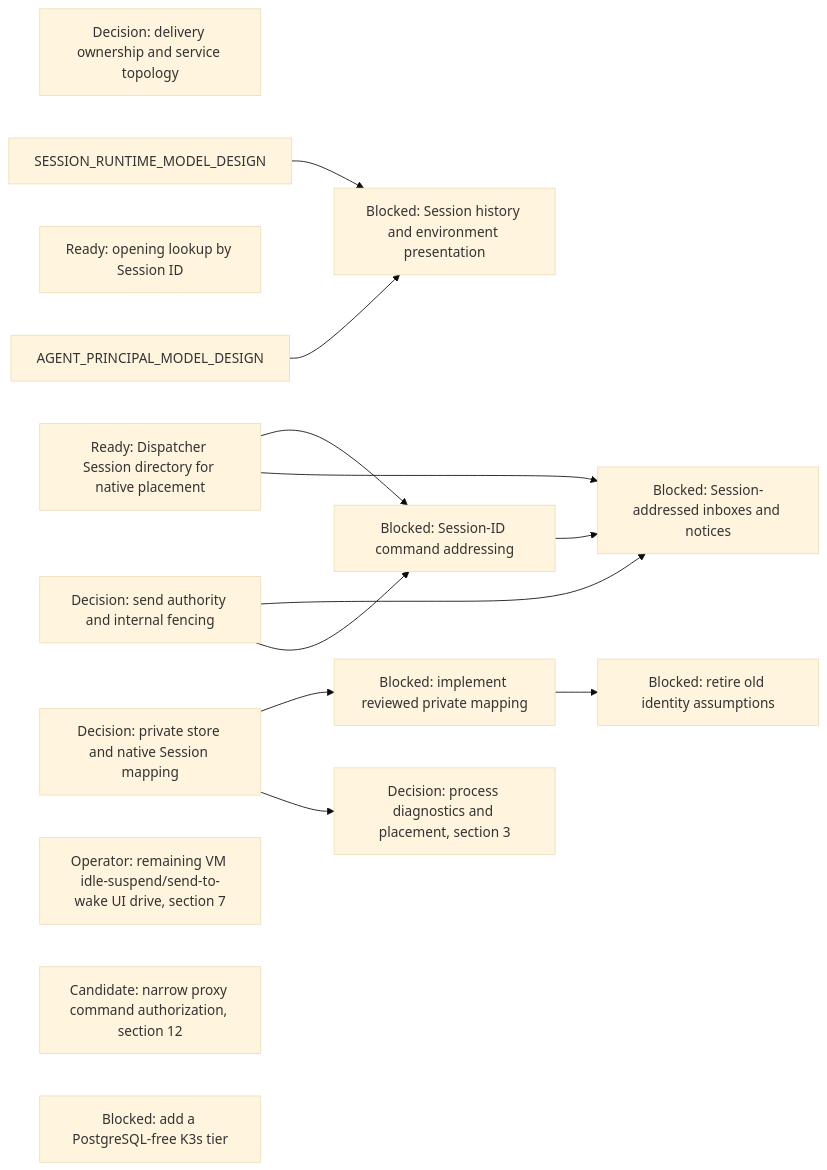
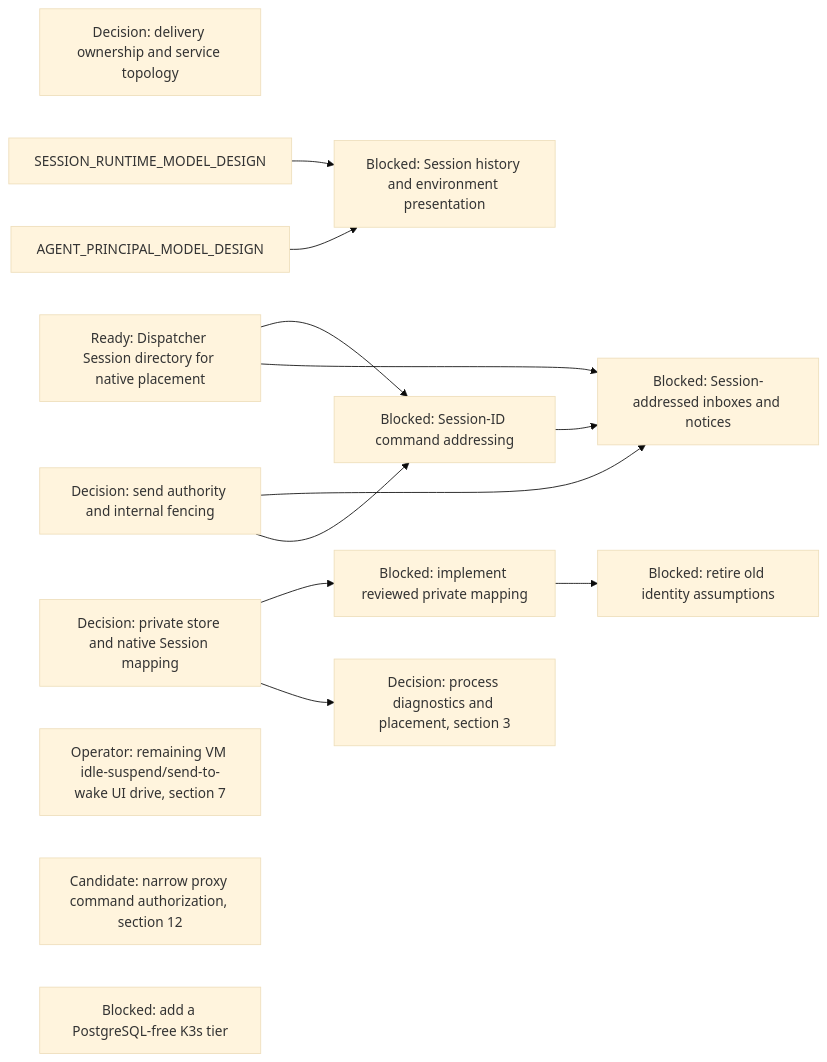
One commit to agentydragon/ducktape changed diagram 15 of 18 in agentplane/plans/task_dag.md. Above: the diagram before and after it, drawn with Mermaid (base theme). The commit also changed other lines of this file and 28 other files, not shown here.

````diff
--- a/agentplane/plans/task_dag.md
+++ b/agentplane/plans/task_dag.md
@@ -2050,27 +2050,26 @@
 ```mermaid
 flowchart LR
     DISPATCHER_PERSISTENCE_MODEL_DESIGN[Decision: delivery ownership and service topology]
     SESSION_DIRECTORY_NATIVE[Ready: Dispatcher Session directory for native placement]
-    SESSION_OPENING_LOOKUP[Ready: opening lookup by Session ID]
     DELIVERY_DESTINATION_AUTHORITY_DESIGN[Decision: send authority and internal fencing]
     DELIVERY_DESTINATION_CONTRACT[Blocked: Session-ID command addressing]
     SESSION_NOTIFICATION_ADDRESS[Blocked: Session-addressed inboxes and notices]
     SESSION_HISTORY_PRESENTATION[Blocked: Session history and environment presentation]
     SESSION_DIRECTORY_NATIVE --> DELIVERY_DESTINATION_CONTRACT
     SESSION_DIRECTORY_NATIVE --> SESSION_NOTIFICATION_ADDRESS
     DELIVERY_DESTINATION_AUTHORITY_DESIGN --> SESSION_NOTIFICATION_ADDRESS
     DELIVERY_DESTINATION_CONTRACT --> SESSION_NOTIFICATION_ADDRESS
     SESSION_RUNTIME_MODEL_DESIGN --> SESSION_HISTORY_PRESENTATION
     AGENT_PRINCIPAL_MODEL_DESIGN --> SESSION_HISTORY_PRESENTATION
     HARNESS_IDENTITY_DESIGN[Decision: private store and native Session mapping]
     RUNNER_STORE_SESSION_IDENTITY[Blocked: implement reviewed private mapping]
     RUNNER_IDENTITY_LEGACY_CLEANUP[Blocked: retire old identity assumptions]
     IDLE_SUSPEND_UI_DRIVE[Operator: remaining VM idle-suspend/send-to-wake UI drive, section 7]
     PROXY_START_METHODS_DISPATCHER_ONLY[Candidate: narrow proxy command authorization, section 12]
     RUNNER_HARNESS_OBJECTS_DESIGN[Decision: process diagnostics and placement, section 3]
     CNPG_FREE_K3S_INTEGRATION_TIER[Blocked: add a PostgreSQL-free K3s tier]
     DELIVERY_DESTINATION_AUTHORITY_DESIGN --> DELIVERY_DESTINATION_CONTRACT
     RUNNER_STORE_SESSION_IDENTITY --> RUNNER_IDENTITY_LEGACY_CLEANUP
     HARNESS_IDENTITY_DESIGN --> RUNNER_STORE_SESSION_IDENTITY
     HARNESS_IDENTITY_DESIGN --> RUNNER_HARNESS_OBJECTS_DESIGN
 ```
````
